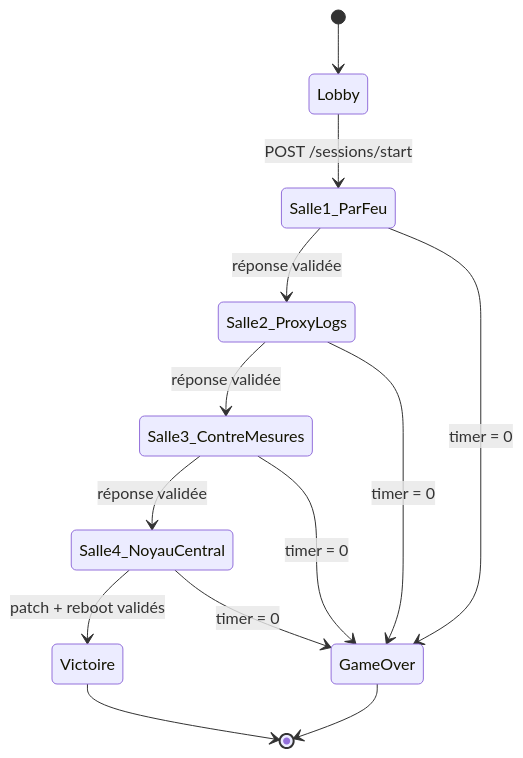
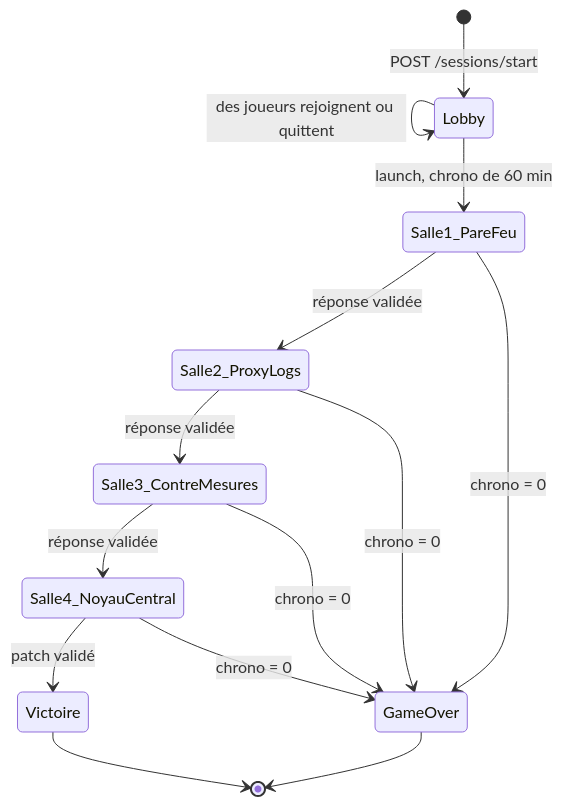
One commit to Benjylem/Python-FastAPI changed the first of 4 diagrams in R00t_Override/docs/architecture.md. Above: the diagram before and after it, drawn with Mermaid. The commit also changed other lines of this file and 2 other files, not shown here.

First line of the commit message:
[FIX] doc alignee sur le code : services/, logs des routers, indices d'Eve

````diff
--- a/R00t_Override/docs/architecture.md
+++ b/R00t_Override/docs/architecture.md
@@ -8,15 +15,16 @@
 ```mermaid
 stateDiagram-v2
-    [*] --> Lobby
-    Lobby --> Salle1_ParFeu: POST /sessions/start
-    Salle1_ParFeu --> Salle2_ProxyLogs: réponse validée
+    [*] --> Lobby: POST /sessions/start
+    Lobby --> Lobby: des joueurs rejoignent ou quittent
+    Lobby --> Salle1_PareFeu: launch, chrono de 60 min
+    Salle1_PareFeu --> Salle2_ProxyLogs: réponse validée
     Salle2_ProxyLogs --> Salle3_ContreMesures: réponse validée
     Salle3_ContreMesures --> Salle4_NoyauCentral: réponse validée
-    Salle4_NoyauCentral --> Victoire: patch + reboot validés
-    Salle1_ParFeu --> GameOver: timer = 0
-    Salle2_ProxyLogs --> GameOver: timer = 0
-    Salle3_ContreMesures --> GameOver: timer = 0
-    Salle4_NoyauCentral --> GameOver: timer = 0
+    Salle4_NoyauCentral --> Victoire: patch validé
+    Salle1_PareFeu --> GameOver: chrono = 0
+    Salle2_ProxyLogs --> GameOver: chrono = 0
+    Salle3_ContreMesures --> GameOver: chrono = 0
+    Salle4_NoyauCentral --> GameOver: chrono = 0
     Victoire --> [*]
     GameOver --> [*]
 ```
````
